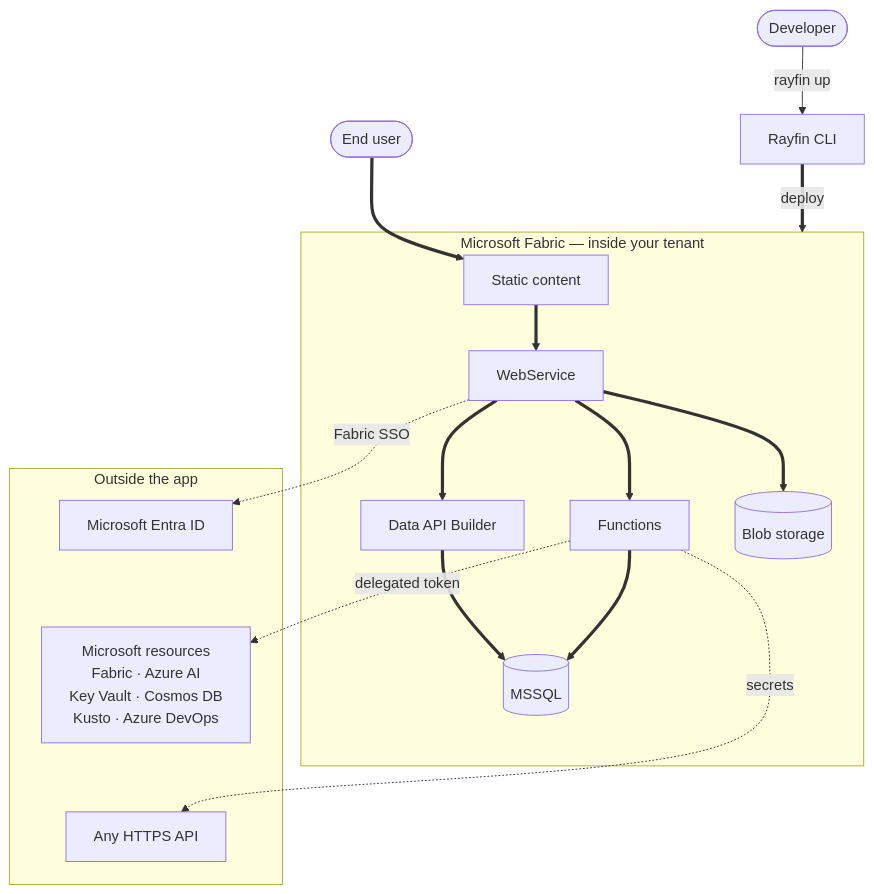
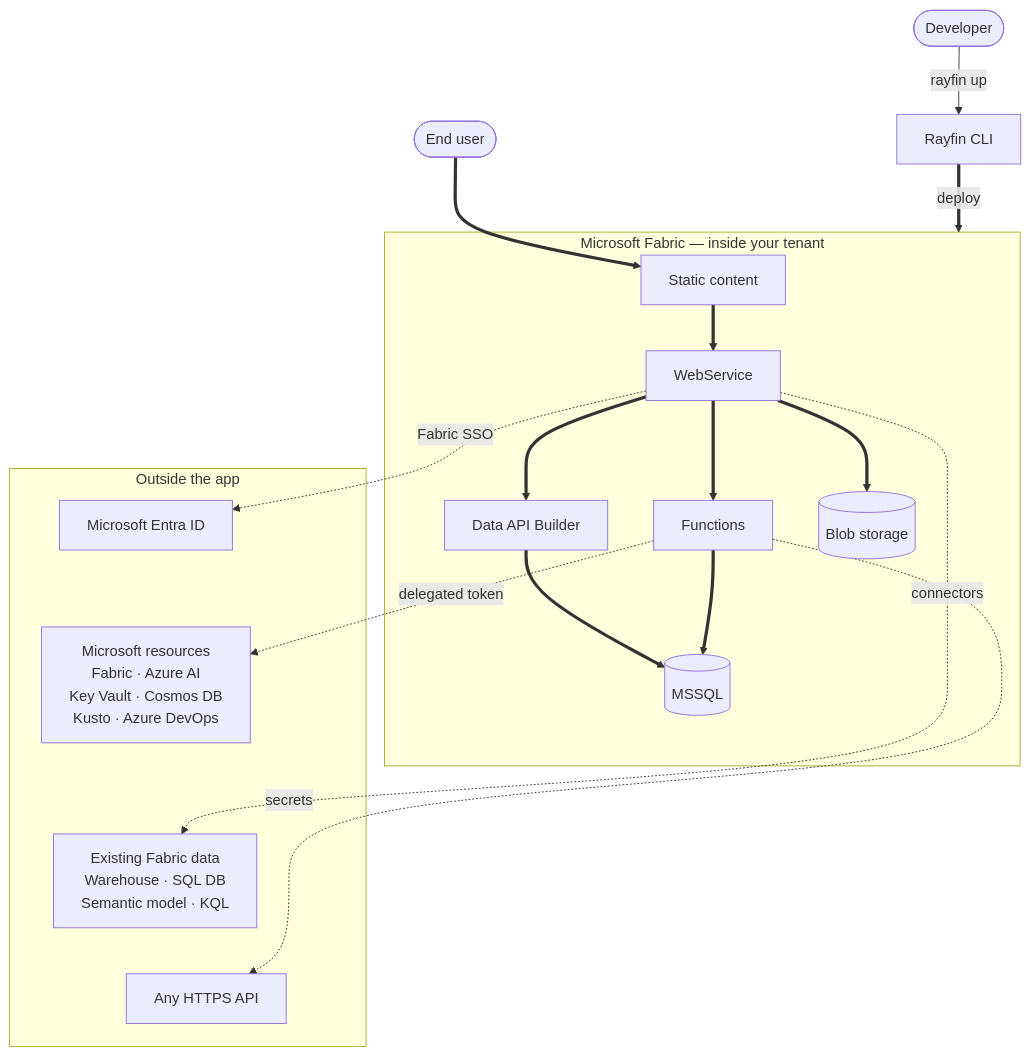
Before and after one commit to spatney/rayfin-docs: the diagram in content/docs/index.mdx, drawn with Mermaid. The commit also changed other lines of this file and 38 other files, not shown here.

First line of the commit message:
feat: Add documentation for Fabric SQL sources, aggregations, and Kusto connectors

````diff
--- a/content/docs/index.mdx
+++ b/content/docs/index.mdx
@@ -53,37 +53,39 @@
 ```mermaid
 flowchart TB
   Dev(["Developer"]) -->|"rayfin up"| CLI["Rayfin CLI"]
   CLI ==>|"deploy"| Fabric
   User(["End user"]) ==> Static
 
   subgraph Fabric["Microsoft Fabric — inside your tenant"]
     Static["Static content"]
     Web["WebService"]
     DataApi["Data API Builder"]
     Fn["Functions"]
     Blob[("Blob storage")]
     MSSQL[("MSSQL")]
   end
 
   subgraph Outside["Outside the app"]
     Entra["Microsoft Entra ID"]
     MSRes["Microsoft resources<br/>Fabric · Azure AI<br/>Key Vault · Cosmos DB<br/>Kusto · Azure DevOps"]
+    Sources["Existing Fabric data<br/>Warehouse · SQL DB<br/>Semantic model · KQL"]
     AnyApi["Any HTTPS API"]
-    Entra ~~~ MSRes ~~~ AnyApi
+    Entra ~~~ MSRes ~~~ Sources ~~~ AnyApi
   end
 
   Static ==> Web
   Web ==> DataApi ==> MSSQL
   Web ==> Fn
   Fn ==> MSSQL
   Web ==> Blob
   Web -.->|"Fabric SSO"| Entra
+  Web -.->|"connectors"| Sources
   Fn -.->|"delegated token"| MSRes
   Fn -.->|"secrets"| AnyApi
 
   class Dev,User actor
   class CLI,Static,Web,DataApi service
   class MSSQL store
   class Fn,Blob experimental
-  class Entra,MSRes,AnyApi external
+  class Entra,MSRes,Sources,AnyApi external
 ```
````
